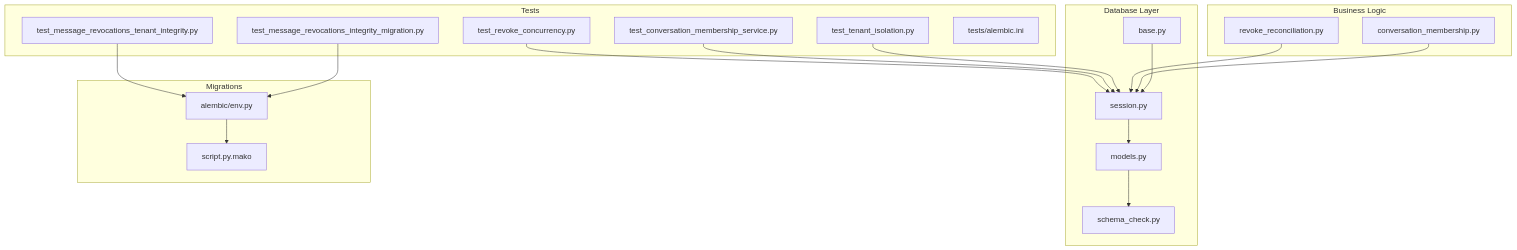
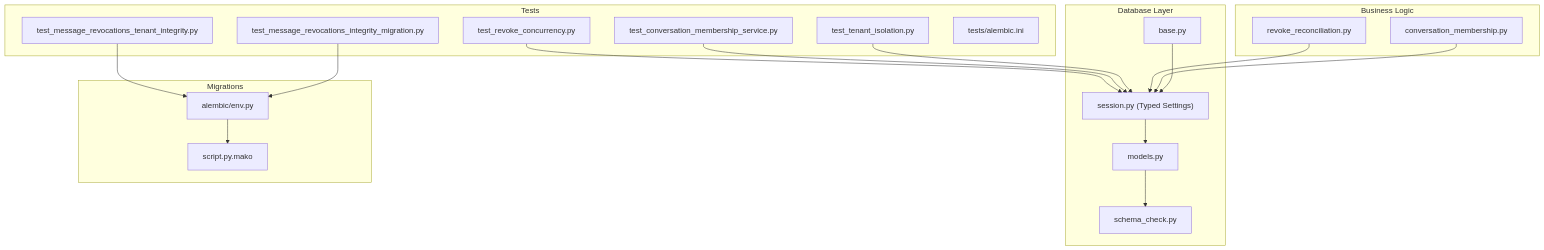
One commit to zuohaisu/wecom-archive changed the first of 3 diagrams in .qoder/repowiki/en/content/Testing & Quality Assurance/Integration Testing/Database Integration Testing.md. Above: the diagram before and after it, drawn with Mermaid. The commit also changed other lines of this file and 97 other files, not shown here.

````diff
--- a/.qoder/repowiki/en/content/Testing & Quality Assurance/Integration Testing/Database Integration Testing.md
+++ b/.qoder/repowiki/en/content/Testing & Quality Assurance/Integration Testing/Database Integration Testing.md
@@ -41,36 +50,36 @@
 ```mermaid
 graph TB
 subgraph "Database Layer"
 Base["base.py"]
-Session["session.py"]
+Session["session.py (Typed Settings)"]
 Models["models.py"]
 SchemaCheck["schema_check.py"]
 end
 subgraph "Business Logic"
 Membership["conversation_membership.py"]
 Reconcile["revoke_reconciliation.py"]
 end
 subgraph "Migrations"
 Env["alembic/env.py"]
 Script["script.py.mako"]
 end
 subgraph "Tests"
 TenantIso["test_tenant_isolation.py"]
 ConvMem["test_conversation_membership_service.py"]
 RevInteg["test_message_revocations_integrity_migration.py"]
 RevTenant["test_message_revocations_tenant_integrity.py"]
 RevConc["test_revoke_concurrency.py"]
 AlembicIni["tests/alembic.ini"]
 end
 Base --> Session
 Session --> Models
 Models --> SchemaCheck
 Membership --> Session
 Reconcile --> Session
 Env --> Script
 TenantIso --> Session
 ConvMem --> Session
 RevInteg --> Env
 RevTenant --> Env
 RevConc --> Session
 ```
````
